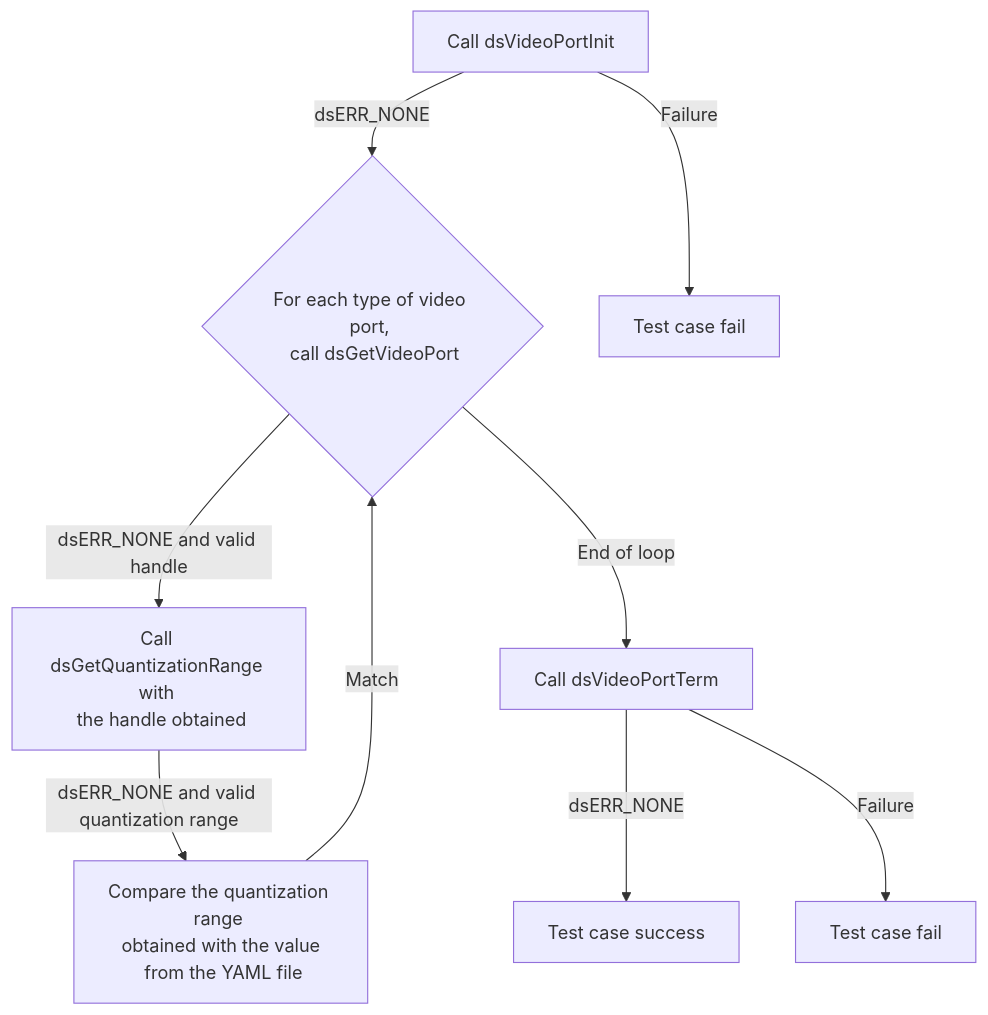
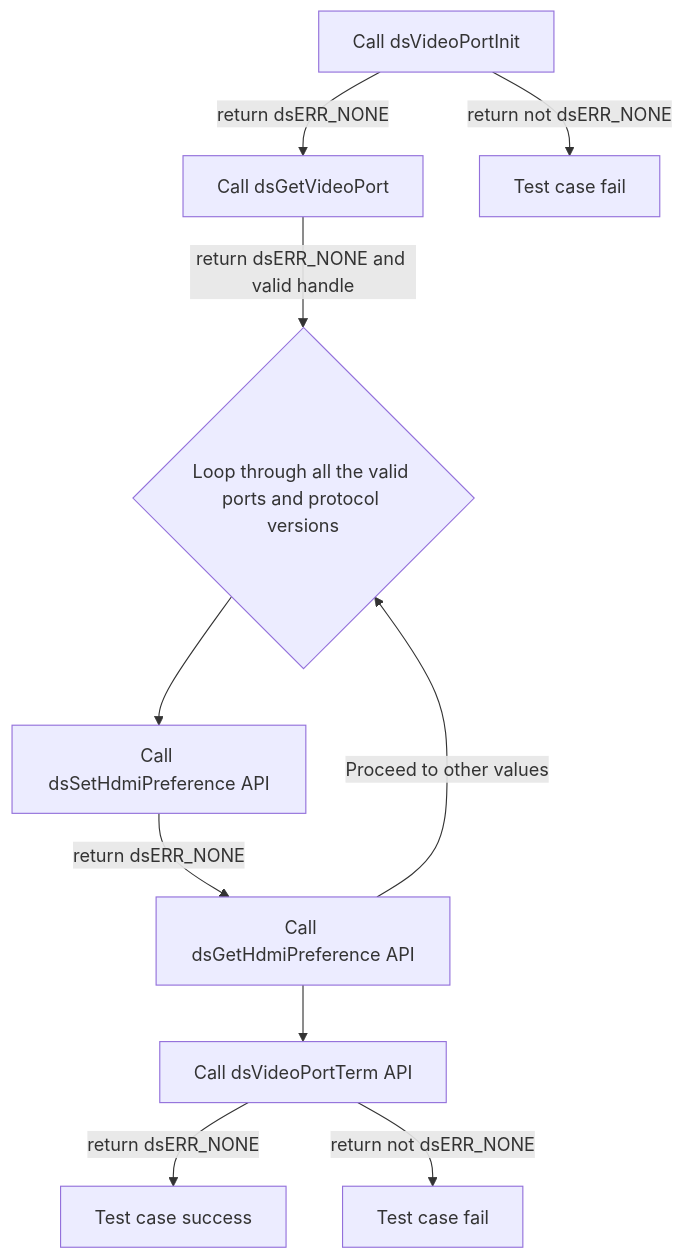
One commit to rdkcentral/rdk-halif-test-device_settings changed diagram 19 of 30 in docs/pages/dsVideoPort_L2_Low-Level_TestSpecification.md. Above: the diagram before and after it, drawn with Mermaid. The commit also changed other lines of this file and 5 other files, not shown here.

````diff
--- a/docs/pages/dsVideoPort_L2_Low-Level_TestSpecification.md
+++ b/docs/pages/dsVideoPort_L2_Low-Level_TestSpecification.md
@@ -732,11 +859,10 @@
 ```mermaid
 graph TB
-A[Call dsVideoPortInit] -->|dsERR_NONE| B{For each type of video port, <br> call dsGetVideoPort }
-A -->|Failure| A1[Test case fail]
-B -->|dsERR_NONE and valid handle| C[Call dsGetQuantizationRange with <br> the handle obtained]
-C -->|dsERR_NONE and valid quantization range| E[Compare the quantization range <br> obtained with the value <br> from the YAML file]
-E -->|Match| B
-B -->|End of loop|F[Call dsVideoPortTerm]
-F -->|dsERR_NONE| G[Test case success]
-F -->|Failure| F1[Test case fail]
+    A[Call dsVideoPortInit] -->|return dsERR_NONE| B[Call dsGetVideoPort] -->|return dsERR_NONE and valid handle| P{Loop through all the valid ports and protocol versions}
+    A -->|return not dsERR_NONE| C[Test case fail]
+    P --> D[Call dsSetHdmiPreference API]
+    D -->|return dsERR_NONE| F[Call dsGetHdmiPreference API] --> |Proceed to other values| P
+    F --> J[Call dsVideoPortTerm API]
+    J -->|return dsERR_NONE| K[Test case success]
+    J -->|return not dsERR_NONE| L[Test case fail]
 ```
````
